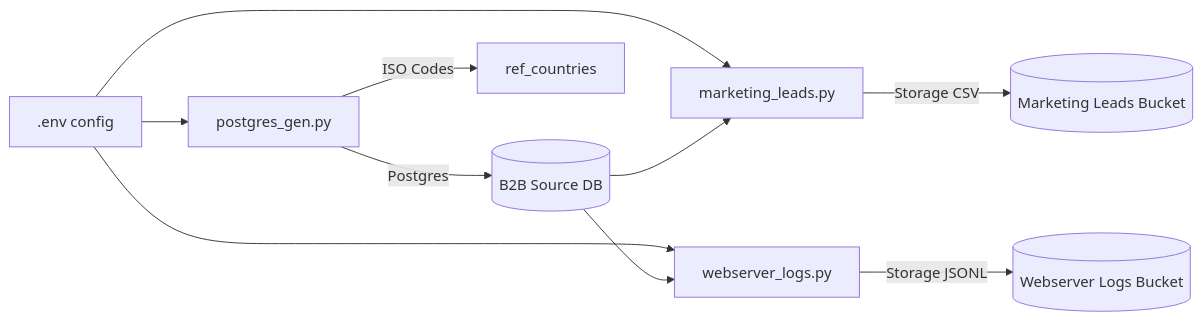
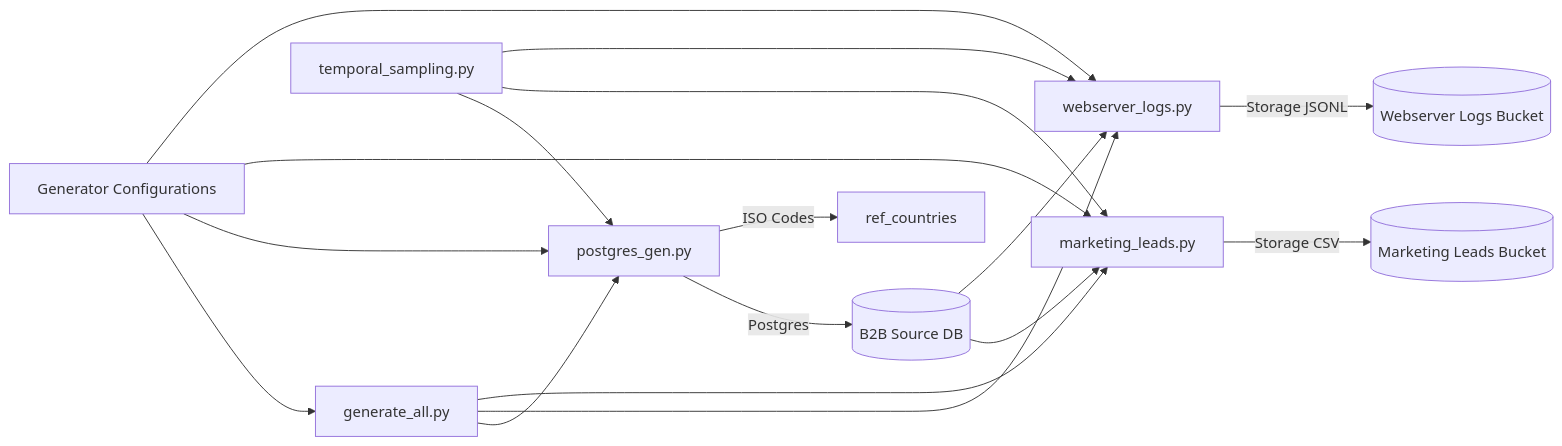
Before and after one commit to KayvanShah1/b2b-ecommerce-platform: the first of 7 diagrams in packages/b2b_ec_sources/README.md, drawn with Mermaid. The commit also changed other lines of this file and 5 other files, not shown here.

````diff
--- a/packages/b2b_ec_sources/README.md
+++ b/packages/b2b_ec_sources/README.md
@@ -25,15 +29,23 @@
 ```mermaid
 flowchart LR
-  Settings[.env config] --> PostgresGen[postgres_gen.py]
+  Settings[Generator Configurations] --> Orchestrator[generate_all.py]
+  Settings --> PostgresGen[postgres_gen.py]
   Settings --> LeadsGen[marketing_leads.py]
   Settings --> WebLogsGen[webserver_logs.py]
+  Temporal[temporal_sampling.py] --> PostgresGen
+  Temporal --> LeadsGen
+  Temporal --> WebLogsGen
+
+  Orchestrator --> PostgresGen
+  Orchestrator --> WebLogsGen
+  Orchestrator --> LeadsGen
 
   PostgresGen -->|Postgres| Postgres[(B2B Source DB)]
   PostgresGen -->|ISO Codes| Countries[ref_countries]
 
   LeadsGen -->|Storage CSV| LeadsBucket[(Marketing Leads Bucket)]
   WebLogsGen -->|Storage JSONL| LogsBucket[(Webserver Logs Bucket)]
 
   Postgres --> LeadsGen
   Postgres --> WebLogsGen
 ```
````
